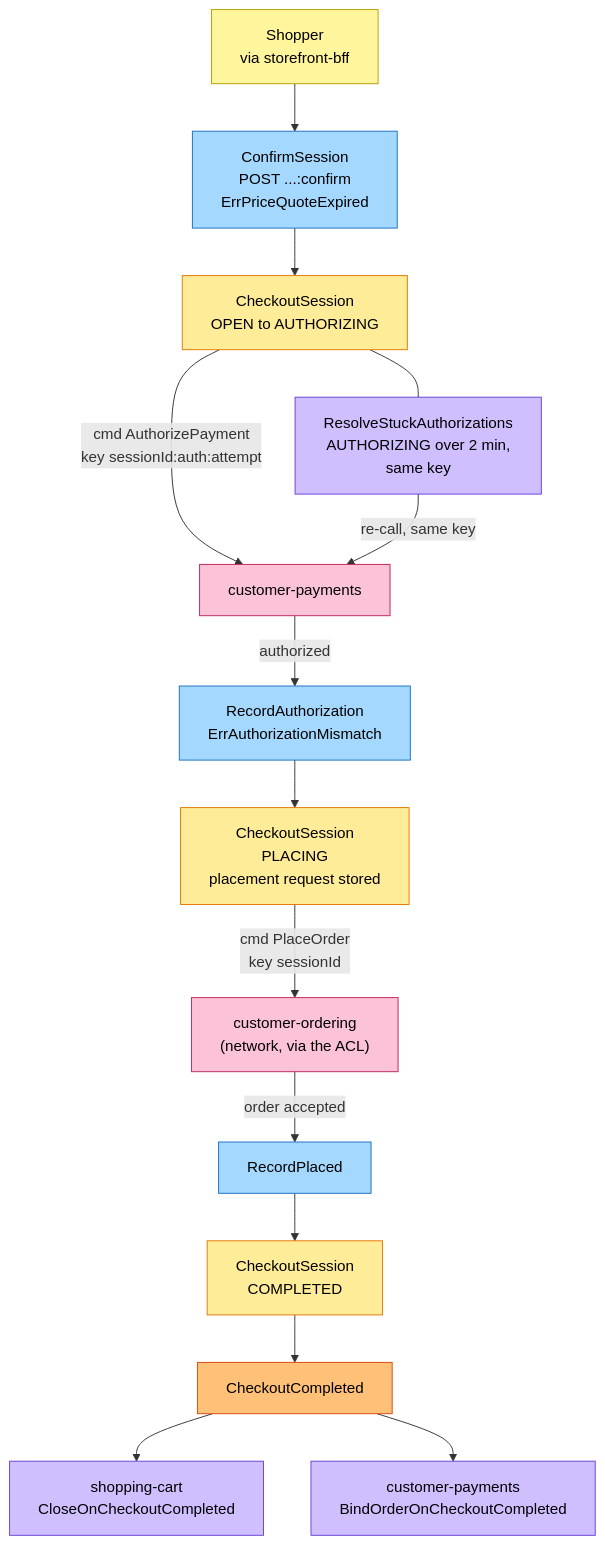
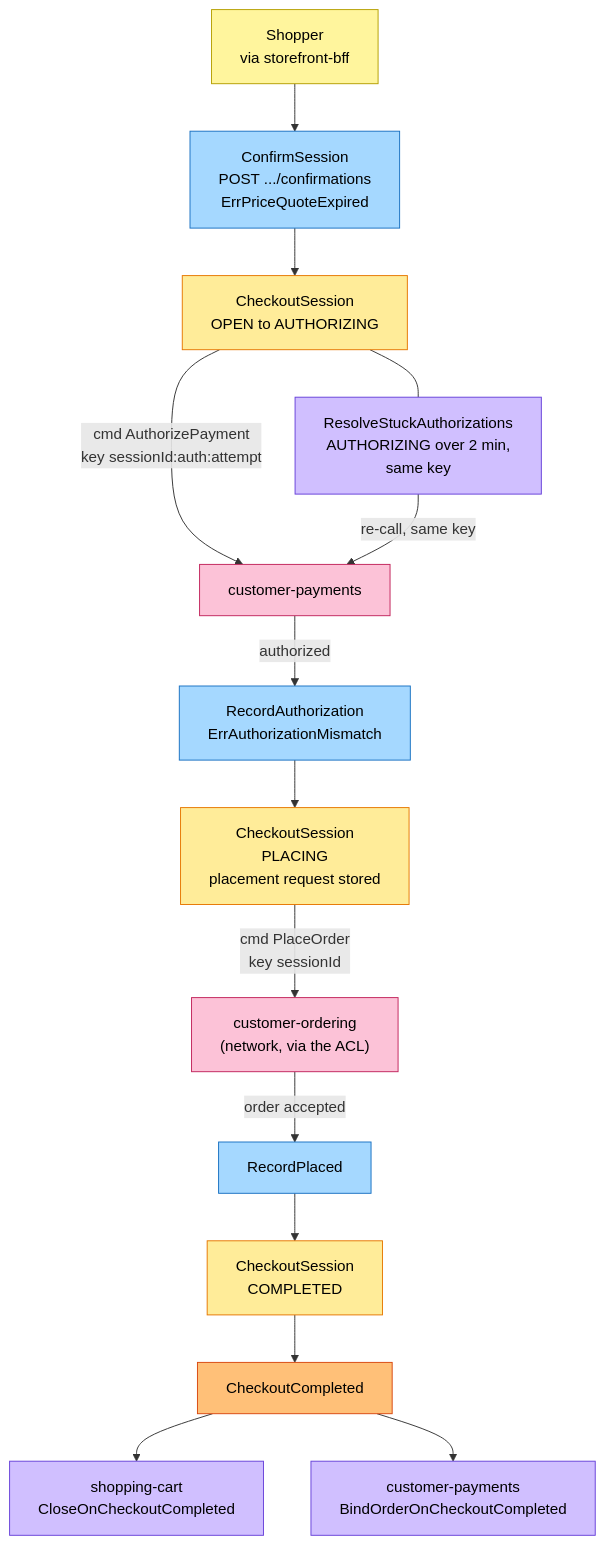
Before and after one commit to IQVO/checkout: the second of 6 diagrams in docs/docs/ddd/eventstorming.md, drawn with Mermaid. The commit also changed 30 other files, not shown here.

````diff
--- a/docs/docs/ddd/eventstorming.md
+++ b/docs/docs/ddd/eventstorming.md
@@ -82,37 +82,37 @@
 ```mermaid
 flowchart TB
     S["Shopper<br/>via storefront-bff"]:::actor
-    C1["ConfirmSession<br/>POST ...:confirm<br/>ErrPriceQuoteExpired"]:::command
+    C1["ConfirmSession<br/>POST .../confirmations<br/>ErrPriceQuoteExpired"]:::command
     G1["CheckoutSession<br/>OPEN to AUTHORIZING"]:::aggregate
     CP["customer-payments"]:::external
     C2["RecordAuthorization<br/>ErrAuthorizationMismatch"]:::command
     G2["CheckoutSession<br/>PLACING<br/>placement request stored"]:::aggregate
     CO["customer-ordering<br/>(network, via the ACL)"]:::external
     C3["RecordPlaced"]:::command
     G3["CheckoutSession<br/>COMPLETED"]:::aggregate
     E1["CheckoutCompleted"]:::event
     P1["shopping-cart<br/>CloseOnCheckoutCompleted"]:::policy
     P2["customer-payments<br/>BindOrderOnCheckoutCompleted"]:::policy
     P3["ResolveStuckAuthorizations<br/>AUTHORIZING over 2 min,<br/>same key"]:::policy
 
     S --> C1
     C1 --> G1
     G1 -->|"cmd AuthorizePayment<br/>key sessionId:auth:attempt"| CP
     CP -->|authorized| C2
     C2 --> G2
     G2 -->|"cmd PlaceOrder<br/>key sessionId"| CO
     CO -->|"order accepted"| C3
     C3 --> G3
     G3 --> E1
     E1 --> P1
     E1 --> P2
     P3 -->|"re-call, same key"| CP
     G1 --- P3
 
     classDef actor fill:#fff59d,stroke:#b59f00,color:#000
     classDef command fill:#a5d8ff,stroke:#1971c2,color:#000
     classDef aggregate fill:#ffec99,stroke:#e67700,color:#000
     classDef event fill:#ffc078,stroke:#d9480f,color:#000
     classDef policy fill:#d0bfff,stroke:#6741d9,color:#000
     classDef external fill:#fcc2d7,stroke:#c2255c,color:#000
 ```
````
